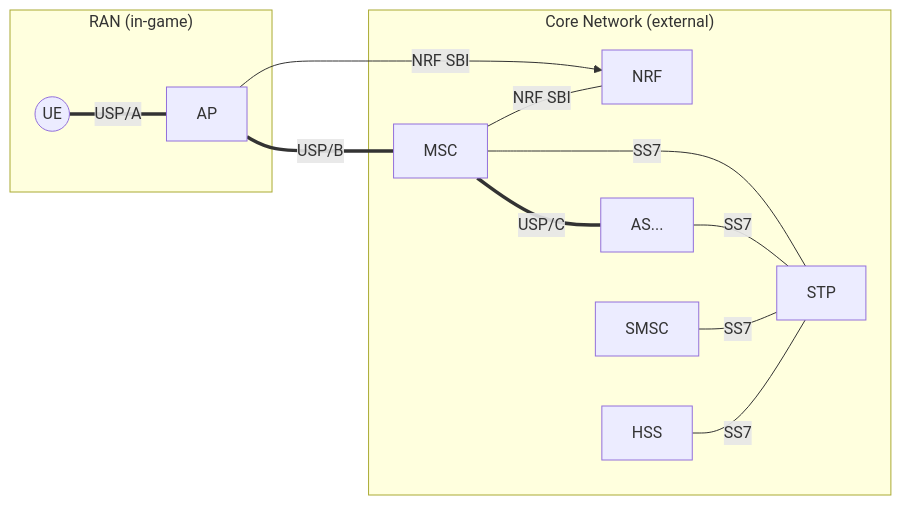
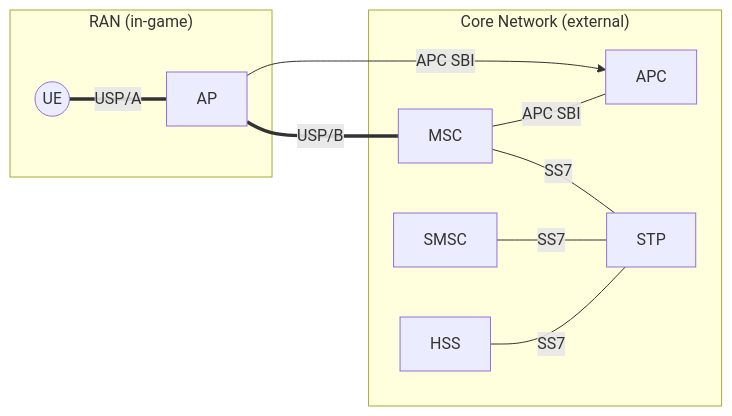
One commit to samuelh2005/cc-telecom changed the diagram in docs/architecture.md. Above: the diagram before and after it, drawn with Mermaid. The commit also changed other lines of this file, not shown here.

Commit message:
docs: remove application services, replace nrf and apc, refine lists to tables

````diff
--- a/docs/architecture.md
+++ b/docs/architecture.md
@@ -17,28 +17,25 @@
 ```mermaid
 flowchart LR
     subgraph "RAN (in-game)"
         UE((UE))
         AP[AP]
 
         UE === |"USP/A"| AP
     end
 
     subgraph "Core Network (external)"
-        NRF[NRF]
+        APC[APC]
         MSC[MSC]
         STP[STP]
         HSS[HSS]
         SMSC[SMSC]
-        AS[AS...]
 
-        MSC --- |"NRF SBI"| NRF
-        MSC === |"USP/C"| AS
+        MSC --- |"APC SBI"| APC
         HSS --- |"SS7"| STP
         SMSC --- |"SS7"| STP
-        AS --- |"SS7"| STP
         MSC --- |"SS7"| STP
     end
     
     AP === |"USP/B"| MSC
-    AP --> |"NRF SBI"| NRF    
+    AP --> |"APC SBI"| APC    
 ```
````
